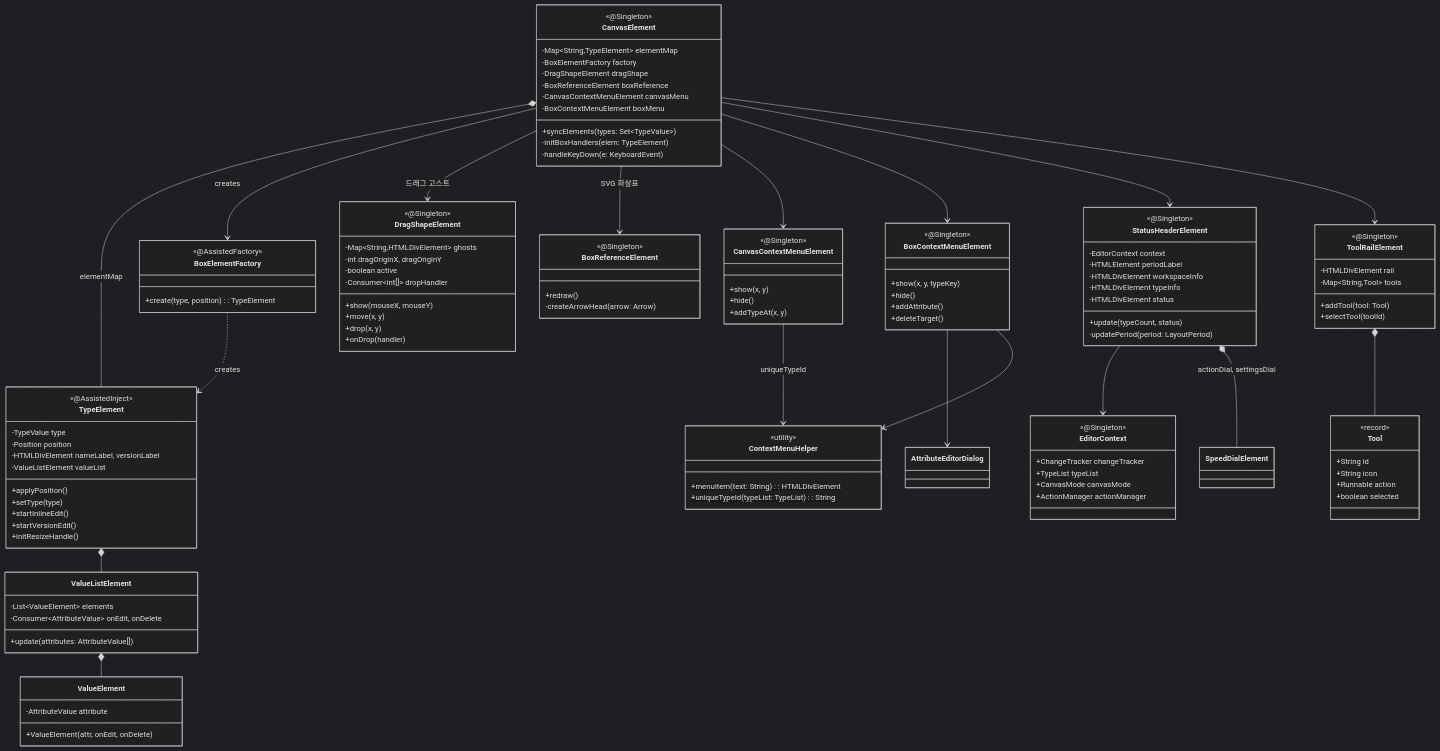
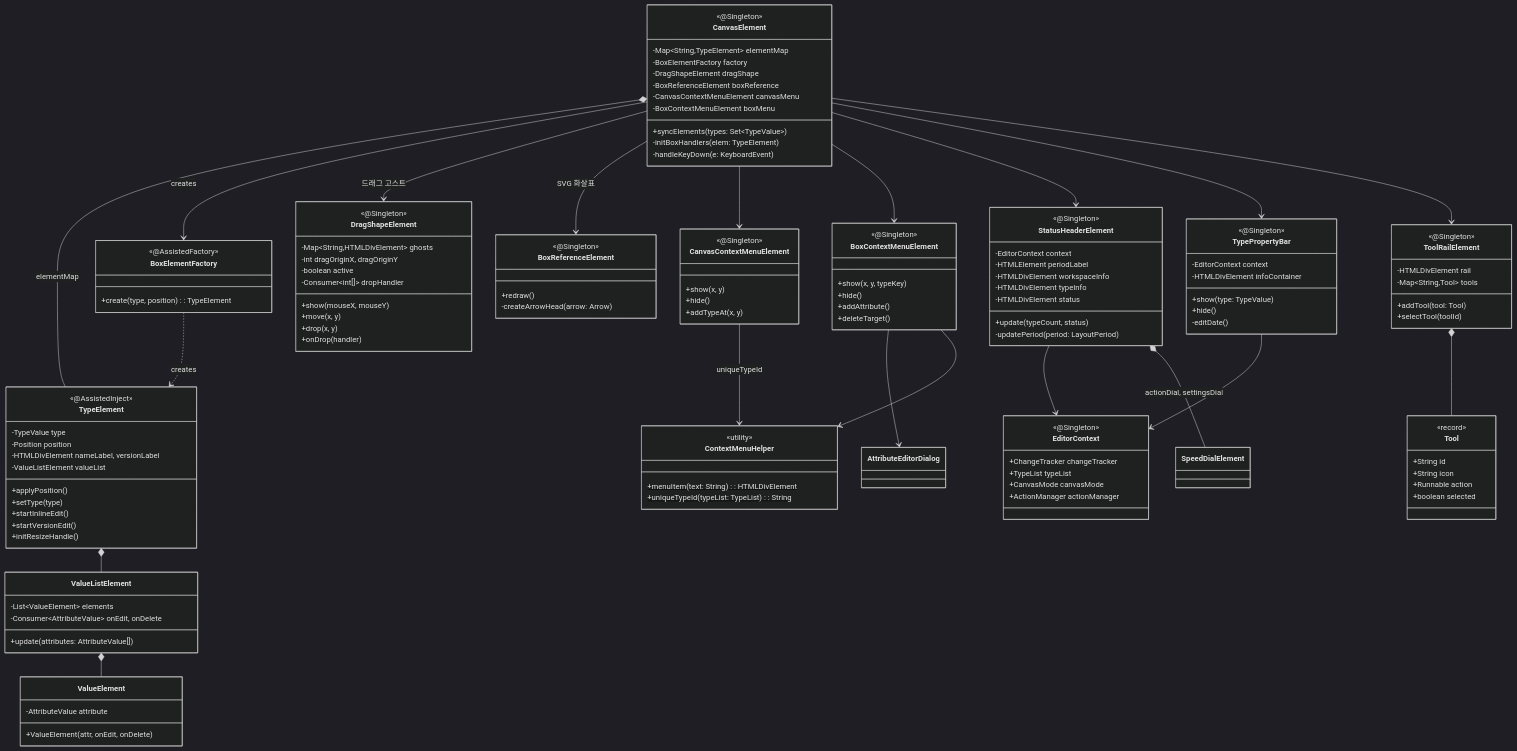
One commit to sayaya1090/handbook changed the fifth of 8 diagrams in type-ui/CLASS-DIAGRAM.md. Above: the diagram before and after it, drawn with Mermaid (dark theme). The commit also changed other lines of this file and 21 other files, not shown here.

```diff
--- a/type-ui/CLASS-DIAGRAM.md
+++ b/type-ui/CLASS-DIAGRAM.md
@@ -326,6 +332,14 @@
         -HTMLDivElement status
         +update(typeCount, status)
         -updatePeriod(period: LayoutPeriod)
+    }
+    class TypePropertyBar {
+        <<@Singleton>>
+        -EditorContext context
+        -HTMLDivElement infoContainer
+        +show(type: TypeValue)
+        +hide()
+        -editDate()
     }
     class ToolRailElement {
         <<@Singleton>>
@@ -408,8 +422,10 @@
     CanvasElement --> CanvasContextMenuElement
     CanvasElement --> BoxContextMenuElement
     CanvasElement --> StatusHeaderElement
+    CanvasElement --> TypePropertyBar
     CanvasElement --> ToolRailElement
     StatusHeaderElement --> EditorContext
+    TypePropertyBar --> EditorContext
     StatusHeaderElement *-- SpeedDialElement : actionDial, settingsDial
     ToolRailElement *-- Tool
     BoxElementFactory ..> TypeElement : creates
```
